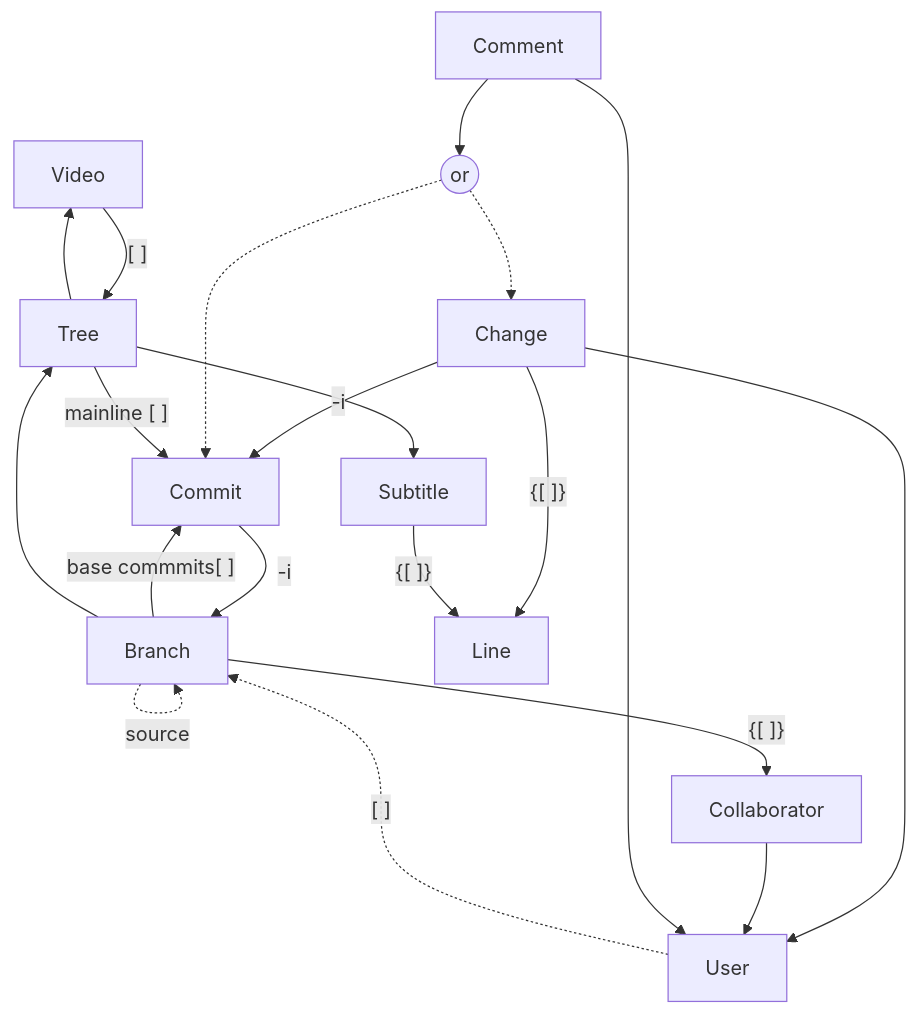
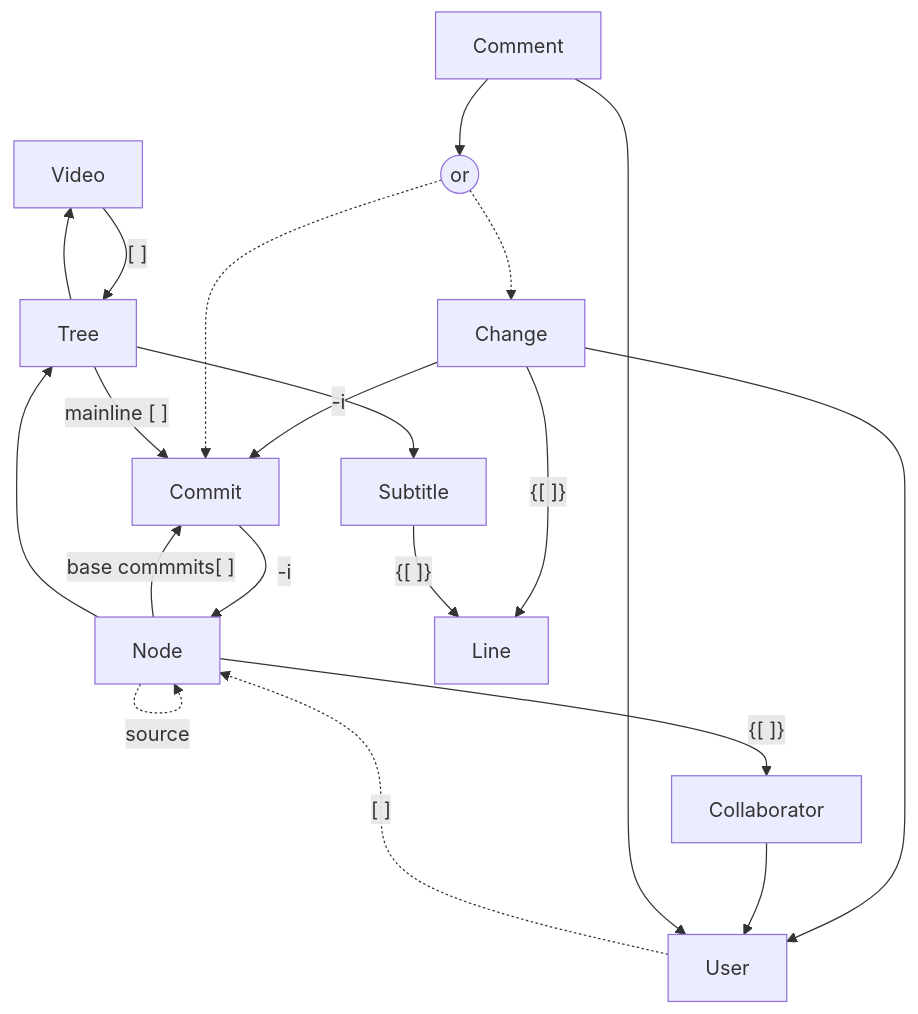
The second of 2 diagrams in docs/db-relational-model.md (linck5/subtitle-editor-back), drawn with Mermaid before and after one commit. The commit also changed other lines of this file and 28 other files, not shown here.

Commit message:
Refactor: Term "Branch" was changed to "Node"

````diff
--- a/docs/db-relational-model.md
+++ b/docs/db-relational-model.md
@@ -79,33 +79,33 @@
 ```mermaid
 graph TB
 
 Video -->|"[ ]"| Tree
 
-Branch -->|"{[ ]}"| Collaborator
-Branch -->|"base commmits[ ]"| Commit
-Branch -.->|"source"| Branch
-Branch --> Tree
+Node -->|"{[ ]}"| Collaborator
+Node -->|"base commmits[ ]"| Commit
+Node -.->|"source"| Node
+Node --> Tree
 
-Commit -->|"-i "| Branch
+Commit -->|"-i "| Node
 
 Change -->|"-i"| Commit
 Change --> User
 Change -->|"{[ ]}"| Line
 
-User -.->|"[ ]"| Branch
+User -.->|"[ ]"| Node
 
 Collaborator --> User
 
 Subtitle -->|"{[ ]}"| Line
 
 Comment --> Or((or))
 Comment --> User
 
 Or -.-> Commit
 Or -.-> Change
 
 Tree --> Video
 Tree --> Subtitle
 Tree -->|"mainline [ ]"| Commit
 
 ```
````
